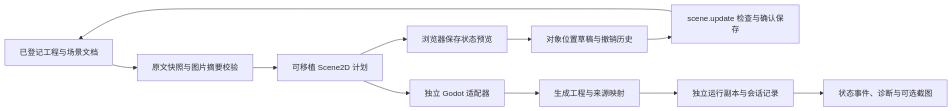
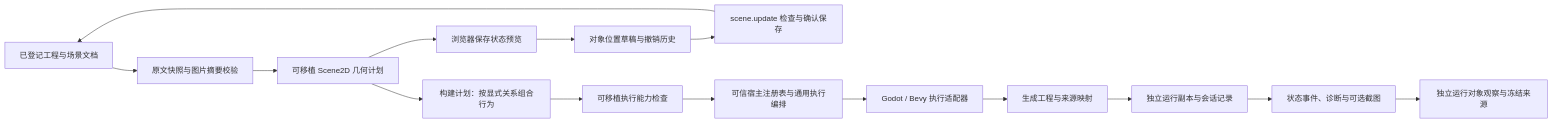
One commit to Team-silvortex/viento-studio changed the diagram in docs/PROJECT_BUILD.md. Above: the diagram before and after it, drawn with Mermaid. The commit also changed other lines of this file and 675 other files, not shown here.

````diff
--- a/docs/PROJECT_BUILD.md
+++ b/docs/PROJECT_BUILD.md
@@ -241,13 +258,17 @@
 ```mermaid
 flowchart LR
   Source[已登记工程与场景文档] --> Snapshot[原文快照与图片摘要校验]
-  Snapshot --> Plan[可移植 Scene2D 计划]
-  Plan --> Preview[浏览器保存状态预览]
+  Snapshot --> Geometry[可移植 Scene2D 几何计划]
+  Geometry --> Preview[浏览器保存状态预览]
+  Geometry --> Plan[构建计划：按显式关系组合行为]
   Preview --> Layout[对象位置草稿与撤销历史]
   Layout --> Review[scene.update 检查与确认保存]
   Review --> Source
-  Plan --> Backend[独立 Godot 适配器]
+  Plan --> Admission[可移植执行能力检查]
+  Admission --> Registry[可信宿主注册表与通用执行编排]
+  Registry --> Backend[Godot / Bevy 执行适配器]
   Backend --> Artifact[生成工程与来源映射]
   Artifact --> Session[独立运行副本与会话记录]
   Session --> Evidence[状态事件、诊断与可选截图]
+  Evidence --> Observation[独立运行对象观察与冻结来源]
 ```
````
